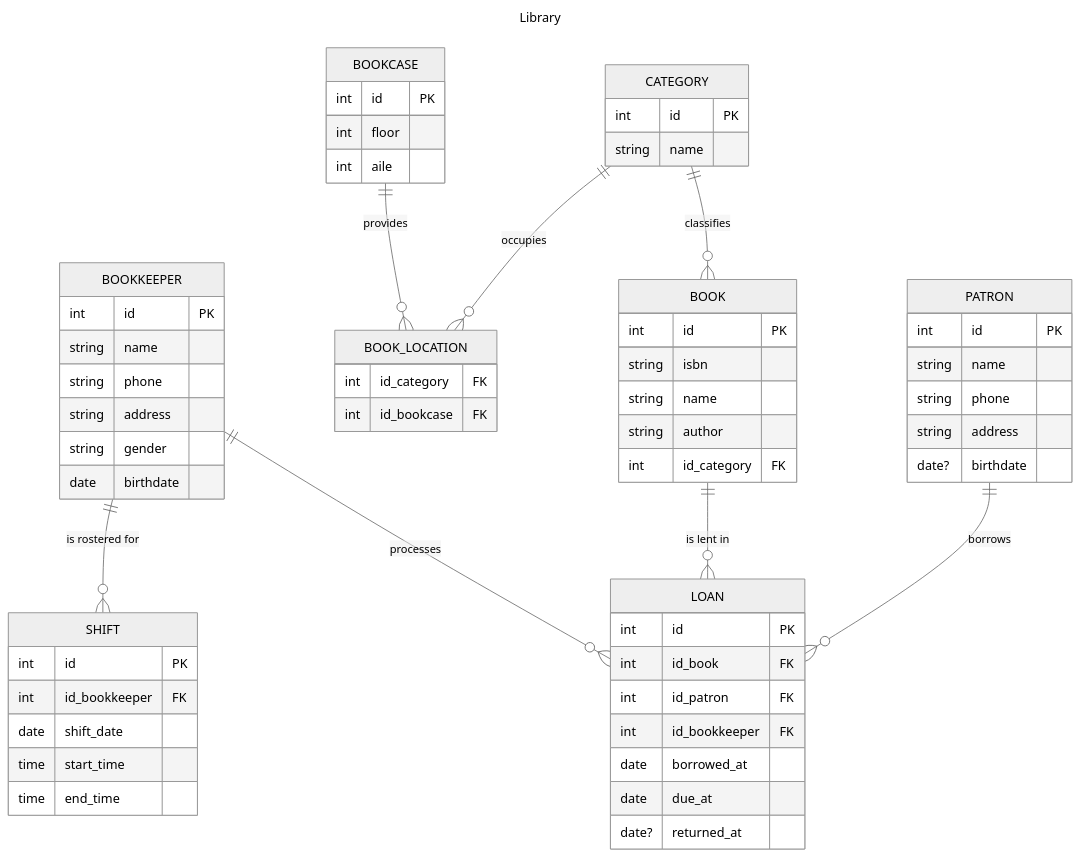
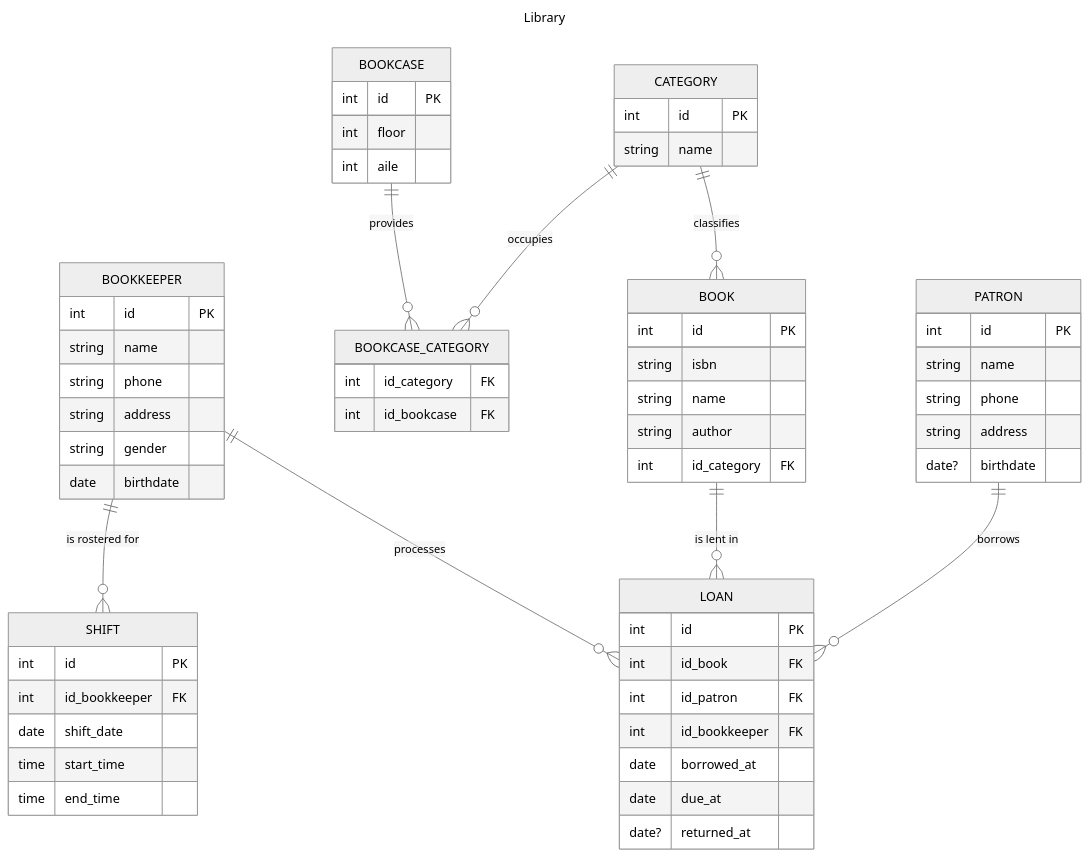
One commit to ryansuhartanto/koda-b8-db1 changed the diagram in README.md. Above: the diagram before and after it, drawn with Mermaid (neutral theme).

Commit message:
refactor: rename bookcase category

```diff
--- a/README.md
+++ b/README.md
@@ -11,8 +11,8 @@
 
 CATEGORY ||--o{ BOOK : "classifies"
 
-CATEGORY ||--o{ BOOK_LOCATION : "occupies"
-BOOKCASE ||--o{ BOOK_LOCATION : "provides"
+CATEGORY ||--o{ BOOKCASE_CATEGORY : "occupies"
+BOOKCASE ||--o{ BOOKCASE_CATEGORY : "provides"
 
 BOOKKEEPER ||--o{ SHIFT : "is rostered for"
 
@@ -40,7 +40,7 @@
     int aile
 }
 
-BOOK_LOCATION {
+BOOKCASE_CATEGORY {
     int id_category FK
     int id_bookcase FK
 }
```
